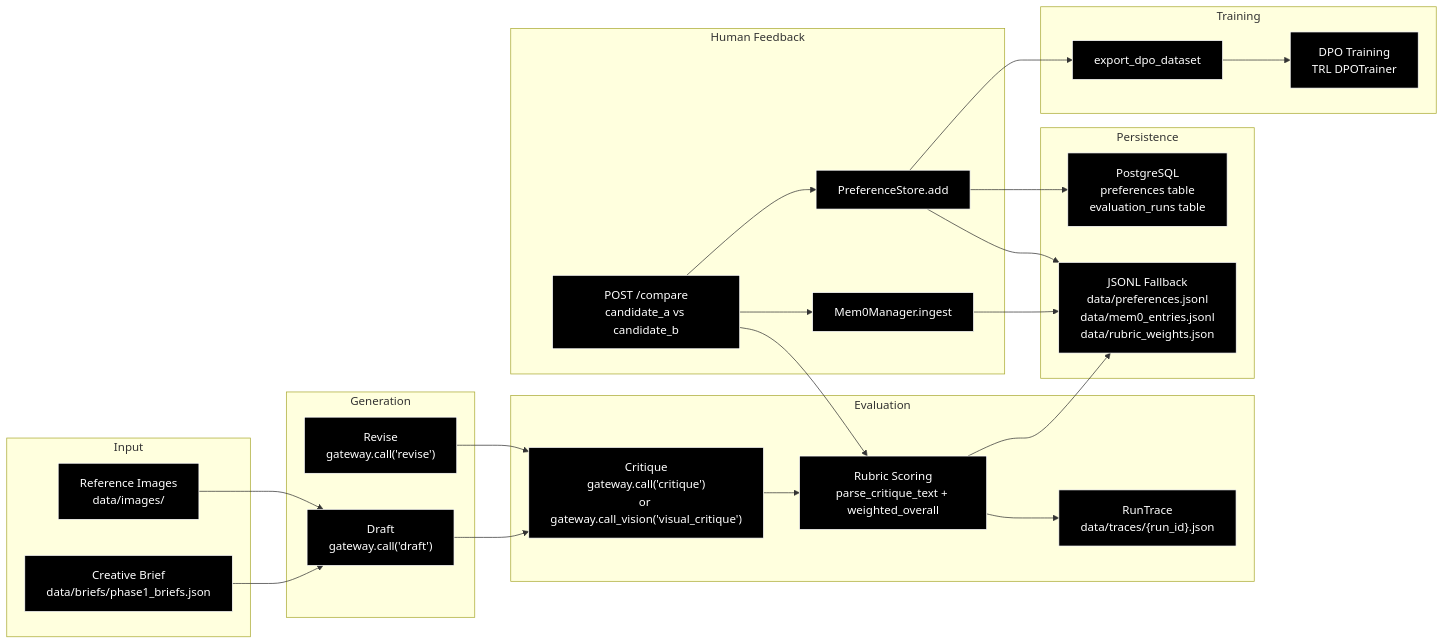
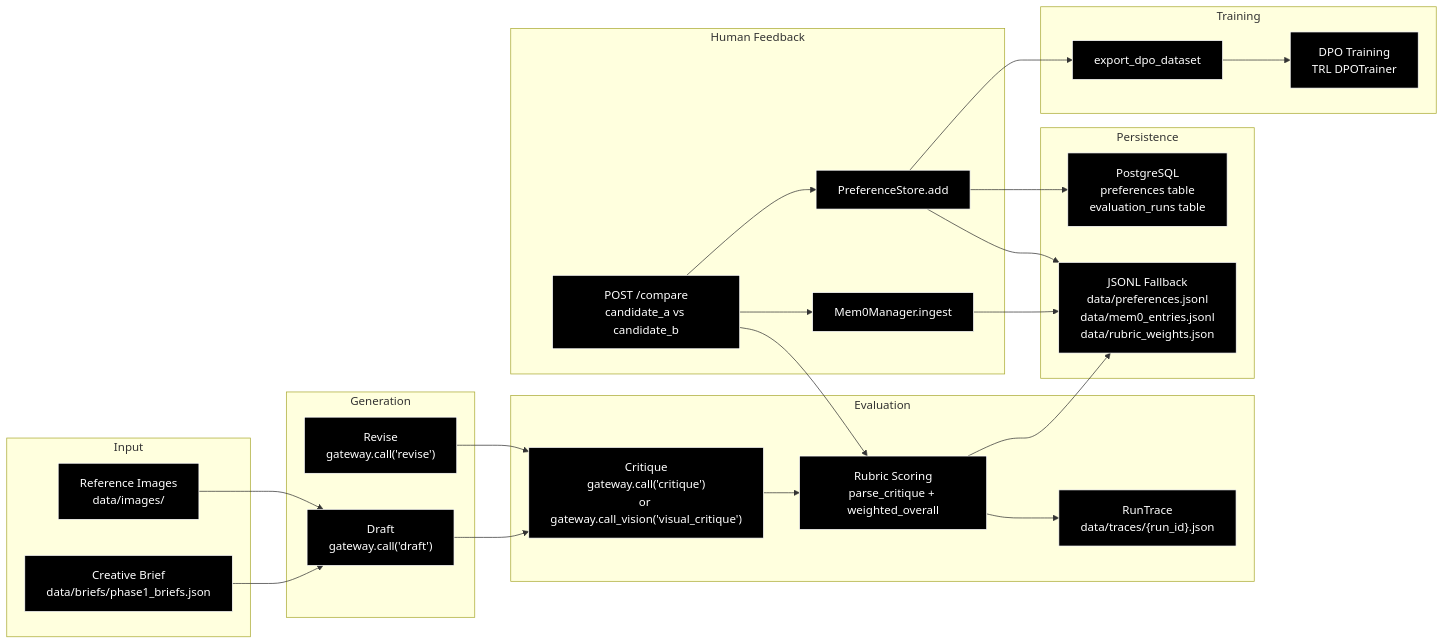
Before and after one commit to Hasan26ozcan/Script-Supervisor: the fifth of 16 diagrams in docs/TECHNICAL_DIAGRAMS.md, drawn with Mermaid. The commit also changed other lines of this file and 15 other files, not shown here.

````diff
--- a/docs/TECHNICAL_DIAGRAMS.md
+++ b/docs/TECHNICAL_DIAGRAMS.md
@@ -194,55 +216,55 @@
 ```mermaid
 flowchart LR
     subgraph "Input"
         BRIEF["Creative Brief<br/>data/briefs/phase1_briefs.json"]
         IMAGES["Reference Images<br/>data/images/"]
     end
 
     subgraph "Generation"
         DRAFT["Draft<br/>gateway.call('draft')"]
         REVISE["Revise<br/>gateway.call('revise')"]
     end
 
     subgraph "Evaluation"
         CRITIQUE["Critique<br/>gateway.call('critique')<br/>or gateway.call_vision('visual_critique')"]
-        RUBRIC["Rubric Scoring<br/>parse_critique_text + weighted_overall"]
+        RUBRIC["Rubric Scoring<br/>parse_critique + weighted_overall"]
         TRACE["RunTrace<br/>data/traces/{run_id}.json"]
     end
 
     subgraph "Human Feedback"
         COMPARE["POST /compare<br/>candidate_a vs candidate_b"]
         MEM0["Mem0Manager.ingest"]
         PREF_STORE["PreferenceStore.add"]
     end
 
     subgraph "Persistence"
         PG["PostgreSQL<br/>preferences table<br/>evaluation_runs table"]
         JSONL["JSONL Fallback<br/>data/preferences.jsonl<br/>data/mem0_entries.jsonl<br/>data/rubric_weights.json"]
     end
 
     subgraph "Training"
         EXPORT["export_dpo_dataset"]
         DPO["DPO Training<br/>TRL DPOTrainer"]
     end
 
     BRIEF --> DRAFT
     IMAGES --> DRAFT
     DRAFT --> CRITIQUE
     CRITIQUE --> RUBRIC
     RUBRIC --> TRACE
     REVISE --> CRITIQUE
 
     COMPARE --> MEM0
     COMPARE --> PREF_STORE
     COMPARE --> RUBRIC
 
     MEM0 --> JSONL
     PREF_STORE --> PG
     PREF_STORE --> JSONL
     RUBRIC --> JSONL
 
     PREF_STORE --> EXPORT
     EXPORT --> DPO
 
     classDef default fill:#000000,stroke:#ffffff,stroke-width:1px,color:#ffffff
 ```
````
